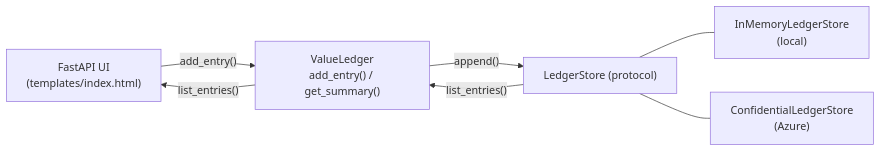
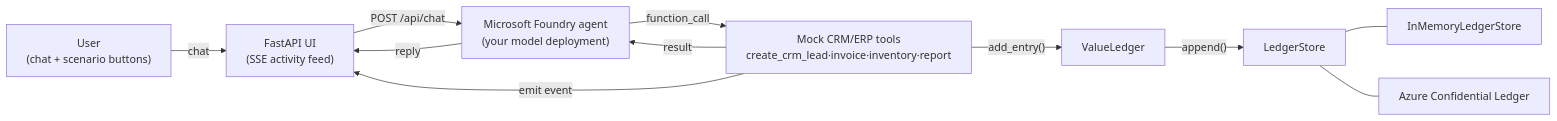
One commit to Knights-of-the-Prompts/Microsoft-Foundry changed the diagram in src/samples/create-outcome-aware-agents/README.md. Above: the diagram before and after it, drawn with Mermaid. The commit also changed other lines of this file and 9 other files, not shown here.

First line of the commit message:
feat: Enhance Outcome-Aware Agent with chat functionality and event streaming

````diff
--- a/src/samples/create-outcome-aware-agents/README.md
+++ b/src/samples/create-outcome-aware-agents/README.md
@@ -222,15 +252,22 @@
 ```mermaid
 flowchart LR
-    UI["FastAPI UI<br/>(templates/index.html)"]
-    VL["ValueLedger<br/>add_entry() / get_summary()"]
-    LS["LedgerStore (protocol)"]
-    MEM["InMemoryLedgerStore<br/>(local)"]
-    ACL["ConfidentialLedgerStore<br/>(Azure)"]
+    User["User<br/>(chat + scenario buttons)"]
+    UI["FastAPI UI<br/>(SSE activity feed)"]
+    Foundry["Microsoft Foundry agent<br/>(your model deployment)"]
+    Tools["Mock CRM/ERP tools<br/>create_crm_lead·invoice·inventory·report"]
+    VL["ValueLedger"]
+    LS["LedgerStore"]
+    MEM["InMemoryLedgerStore"]
+    ACL["Azure Confidential Ledger"]
 
-    UI -- "add_entry()" --> VL
-    VL -- "list_entries()" --> UI
-    VL -- "append()" --> LS
-    LS -- "list_entries()" --> VL
+    User -- chat --> UI
+    UI -- POST /api/chat --> Foundry
+    Foundry -- function_call --> Tools
+    Tools -- result --> Foundry
+    Foundry -- reply --> UI
+    Tools -- emit event --> UI
+    Tools -- add_entry() --> VL
+    VL -- append() --> LS
     LS --- MEM
     LS --- ACL
 ```
````
